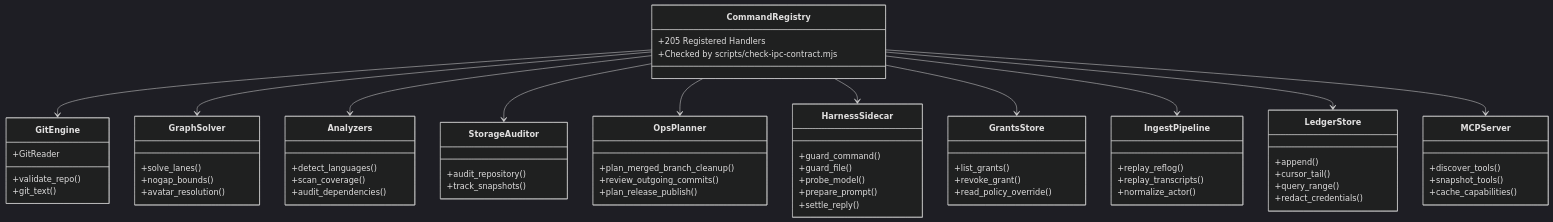
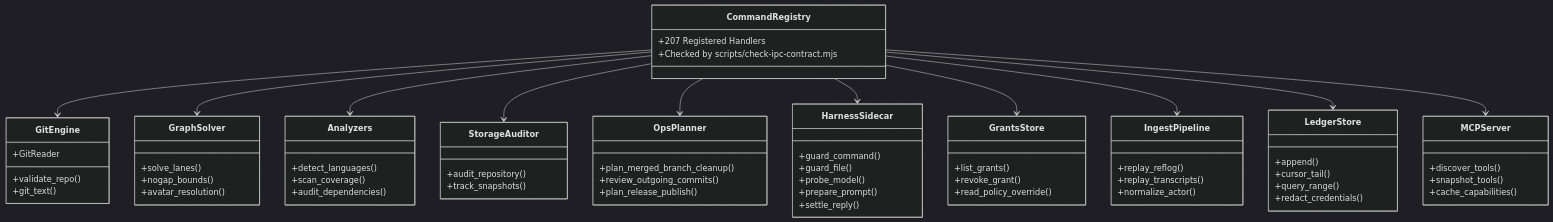
One commit to bharathvbcr/GitPulse changed the third of 4 diagrams in docs/ARCHITECTURE.md. Above: the diagram before and after it, drawn with Mermaid (dark theme). The commit also changed other lines of this file and 151 other files, not shown here.

````diff
--- a/docs/ARCHITECTURE.md
+++ b/docs/ARCHITECTURE.md
@@ -173,70 +173,70 @@
 ```mermaid
 classDiagram
     class CommandRegistry {
-        +205 Registered Handlers
+        +207 Registered Handlers
         +Checked by scripts/check-ipc-contract.mjs
     }
     class GitEngine {
         +validate_repo()
         +git_text()
         +GitReader
     }
     class GraphSolver {
         +solve_lanes()
         +nogap_bounds()
         +avatar_resolution()
     }
     class Analyzers {
         +detect_languages()
         +scan_coverage()
         +audit_dependencies()
     }
     class StorageAuditor {
         +audit_repository()
         +track_snapshots()
     }
     class GrantsStore {
         +list_grants()
         +revoke_grant()
         +read_policy_override()
     }
     class IngestPipeline {
         +replay_reflog()
         +replay_transcripts()
         +normalize_actor()
     }
     class LedgerStore {
         +append()
         +cursor_tail()
         +query_range()
         +redact_credentials()
     }
     class OpsPlanner {
         +plan_merged_branch_cleanup()
         +review_outgoing_commits()
         +plan_release_publish()
     }
     class MCPServer {
         +discover_tools()
         +snapshot_tools()
         +cache_capabilities()
     }
     class HarnessSidecar {
         +guard_command()
         +guard_file()
         +probe_model()
         +prepare_prompt()
         +settle_reply()
     }
 
     CommandRegistry --> GitEngine
     CommandRegistry --> GraphSolver
     CommandRegistry --> Analyzers
     CommandRegistry --> StorageAuditor
     CommandRegistry --> OpsPlanner
     CommandRegistry --> HarnessSidecar
     CommandRegistry --> GrantsStore
     CommandRegistry --> IngestPipeline
     CommandRegistry --> LedgerStore
     CommandRegistry --> MCPServer
 ```
````
